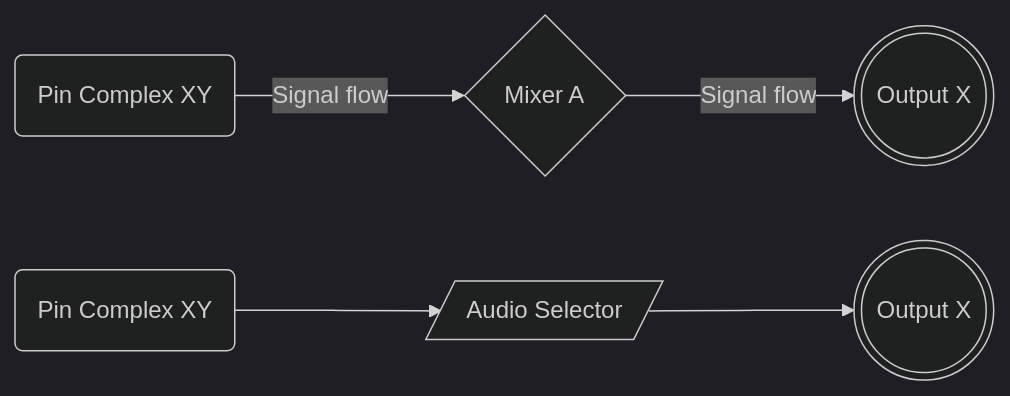
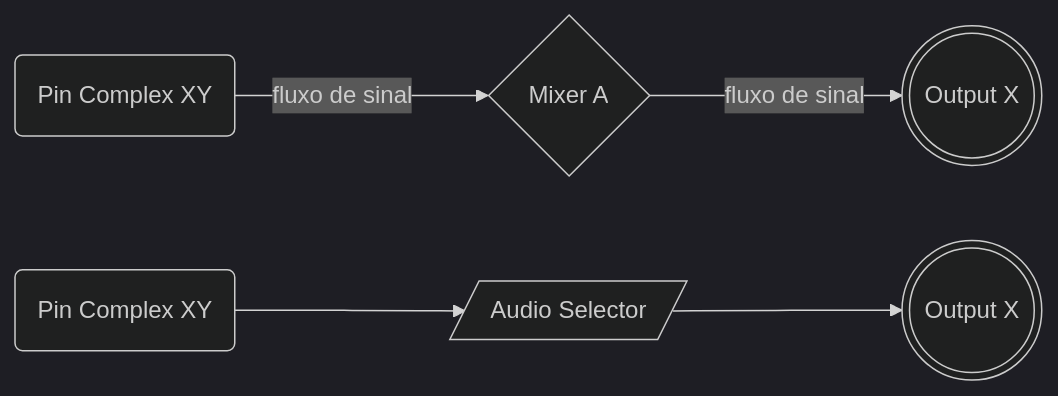
The third of 8 diagrams in AppleALC_Layout-ID/README.md (gabrielfelipedy/AppleALC-Tutoriais), drawn with Mermaid (dark theme) before and after one commit. The commit also changed other lines of this file, not shown here.

````diff
--- a/AppleALC_Layout-ID/README.md
+++ b/AppleALC_Layout-ID/README.md
@@ -211,5 +218,5 @@
 	```mermaid
 	flowchart LR
-       id1(Pin Complex XY) -->|Signal flow|Aid2{Mixer A} -->|Signal flow|id5(((Output X)))
+       id1(Pin Complex XY) -->|fluxo de sinal|Aid2{Mixer A} -->|fluxo de sinal|id5(((Output X)))
        id3(Pin Complex XY)-->id2[/Audio Selector/]-->id6(((Output X)))
 	 ```
````
